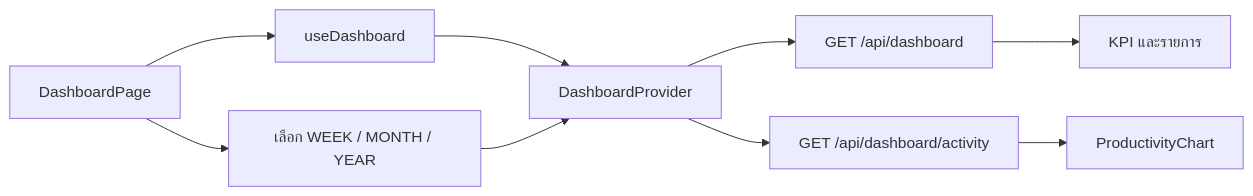
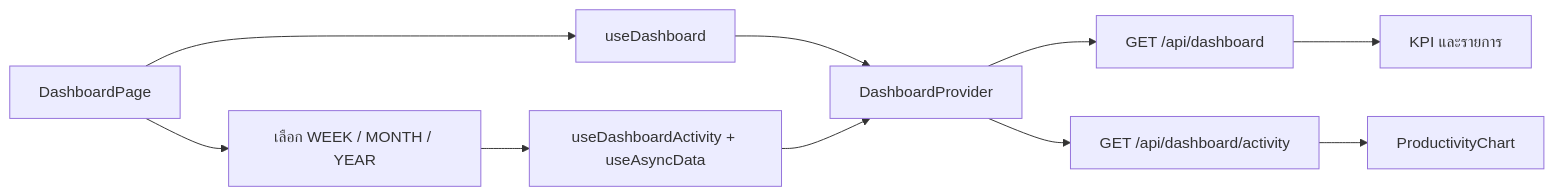
Before and after one commit to lillianxhub/freelance-hub: the second of 4 diagrams in doc/V1/DESIGN/nattadol-design.md, drawn with Mermaid. The commit also changed other lines of this file and 13 other files, not shown here.

````diff
--- a/doc/V1/DESIGN/nattadol-design.md
+++ b/doc/V1/DESIGN/nattadol-design.md
@@ -72,11 +80,12 @@
 ```mermaid
 flowchart LR
     Page[DashboardPage] --> Hook[useDashboard]
     Hook --> Context[DashboardProvider]
     Context --> Main[GET /api/dashboard]
     Page --> Period[เลือก WEEK / MONTH / YEAR]
-    Period --> Context
+    Period --> ActivityHook[useDashboardActivity + useAsyncData]
+    ActivityHook --> Context
     Context --> Activity[GET /api/dashboard/activity]
     Main --> Cards[KPI และรายการ]
     Activity --> Chart[ProductivityChart]
 ```
````
